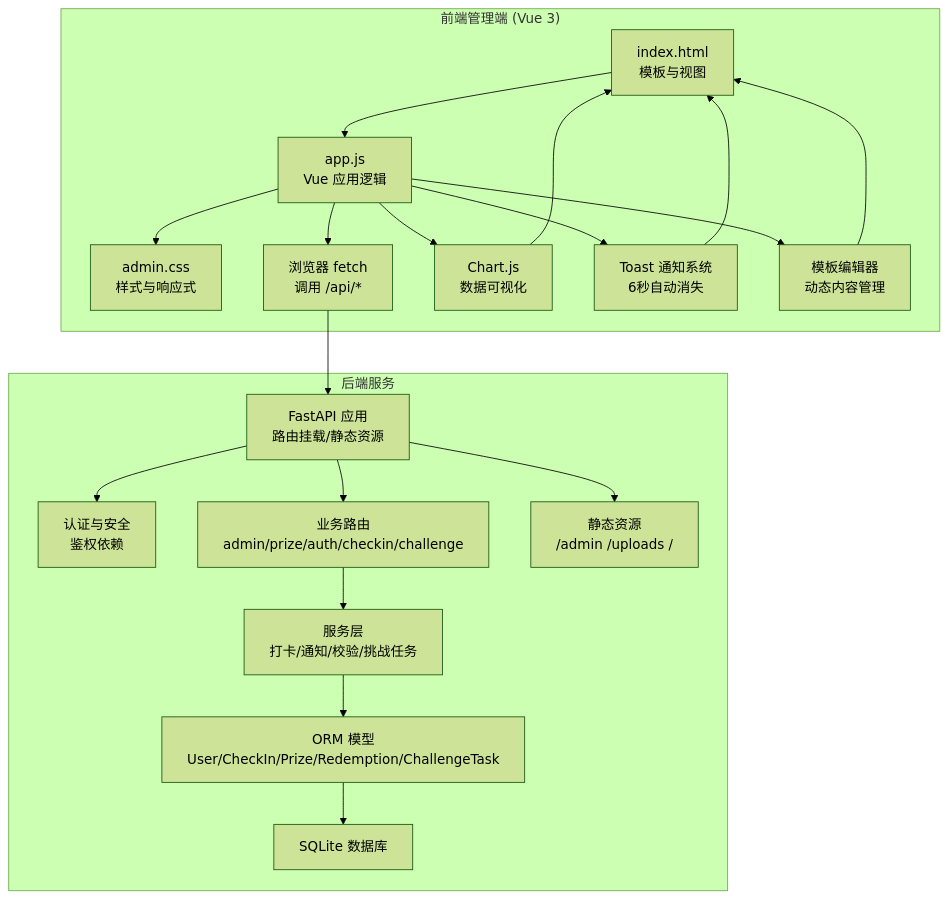
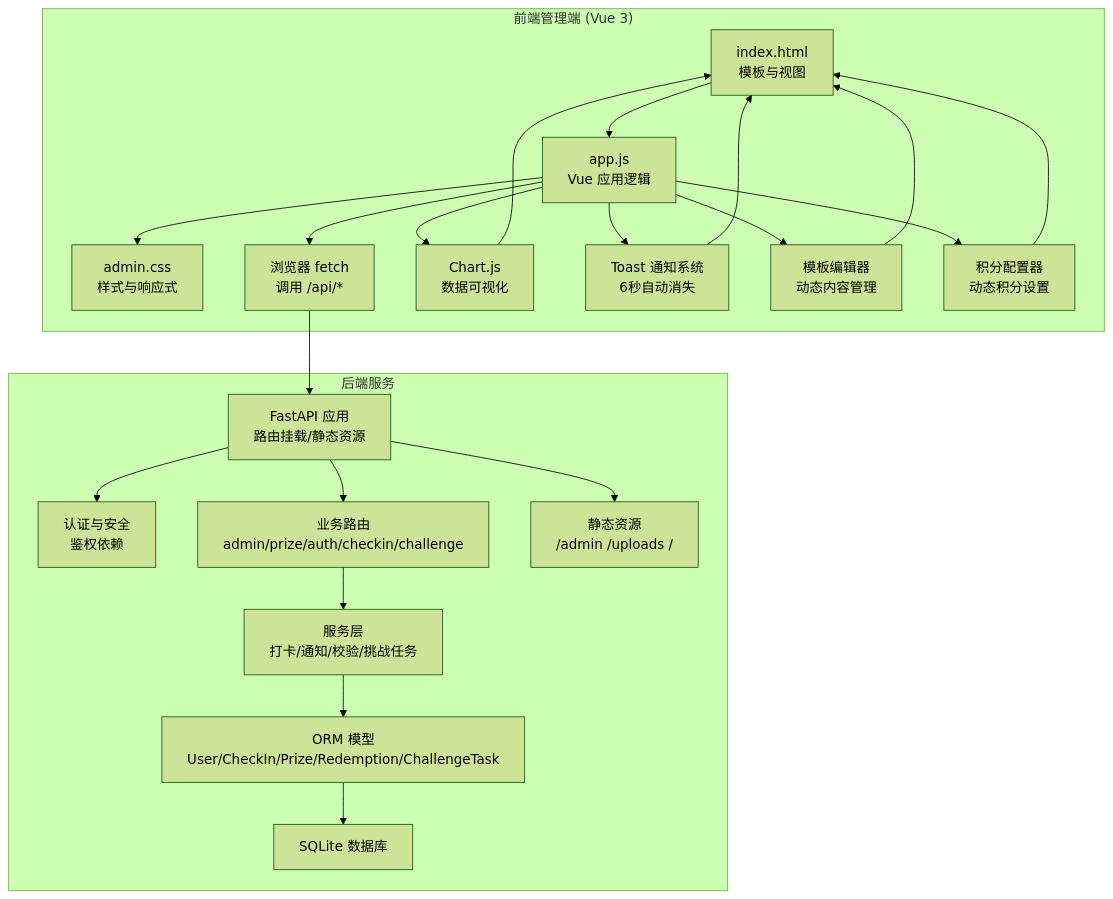
One commit to onebody/homework changed the first of 13 diagrams in .qoder/repowiki/zh/content/暑假作业打卡系统/前端应用设计/管理后台应用.md. Above: the diagram before and after it, drawn with Mermaid (forest theme). The commit also changed other lines of this file and 16 other files, not shown here.

````diff
--- a/.qoder/repowiki/zh/content/暑假作业打卡系统/前端应用设计/管理后台应用.md
+++ b/.qoder/repowiki/zh/content/暑假作业打卡系统/前端应用设计/管理后台应用.md
@@ -55,23 +53,25 @@
 ```mermaid
 graph TB
 subgraph "后端服务"
 A["FastAPI 应用<br/>路由挂载/静态资源"] --> B["认证与安全<br/>鉴权依赖"]
 A --> C["业务路由<br/>admin/prize/auth/checkin/challenge"]
 C --> D["服务层<br/>打卡/通知/校验/挑战任务"]
 D --> E["ORM 模型<br/>User/CheckIn/Prize/Redemption/ChallengeTask"]
 E --> F["SQLite 数据库"]
 A --> G["静态资源<br/>/admin /uploads /"]
 end
 subgraph "前端管理端 (Vue 3)"
 H["index.html<br/>模板与视图"] --> I["app.js<br/>Vue 应用逻辑"]
 I --> J["admin.css<br/>样式与响应式"]
 I --> K["浏览器 fetch<br/>调用 /api/*"]
 I --> L["Chart.js<br/>数据可视化"]
 I --> M["Toast 通知系统<br/>6秒自动消失"]
 I --> N["模板编辑器<br/>动态内容管理"]
+I --> O["积分配置器<br/>动态积分设置"]
 end
 K --> A
 L --> H
 M --> H
 N --> H
+O --> H
 ```
````
